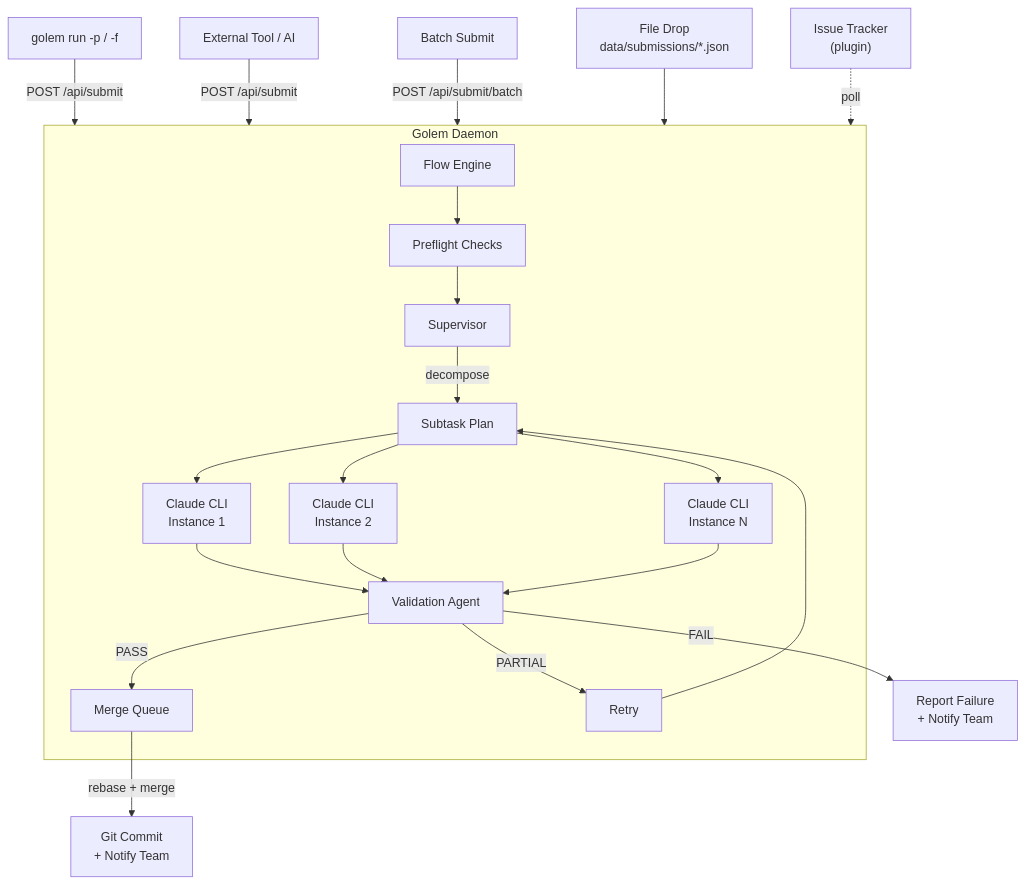
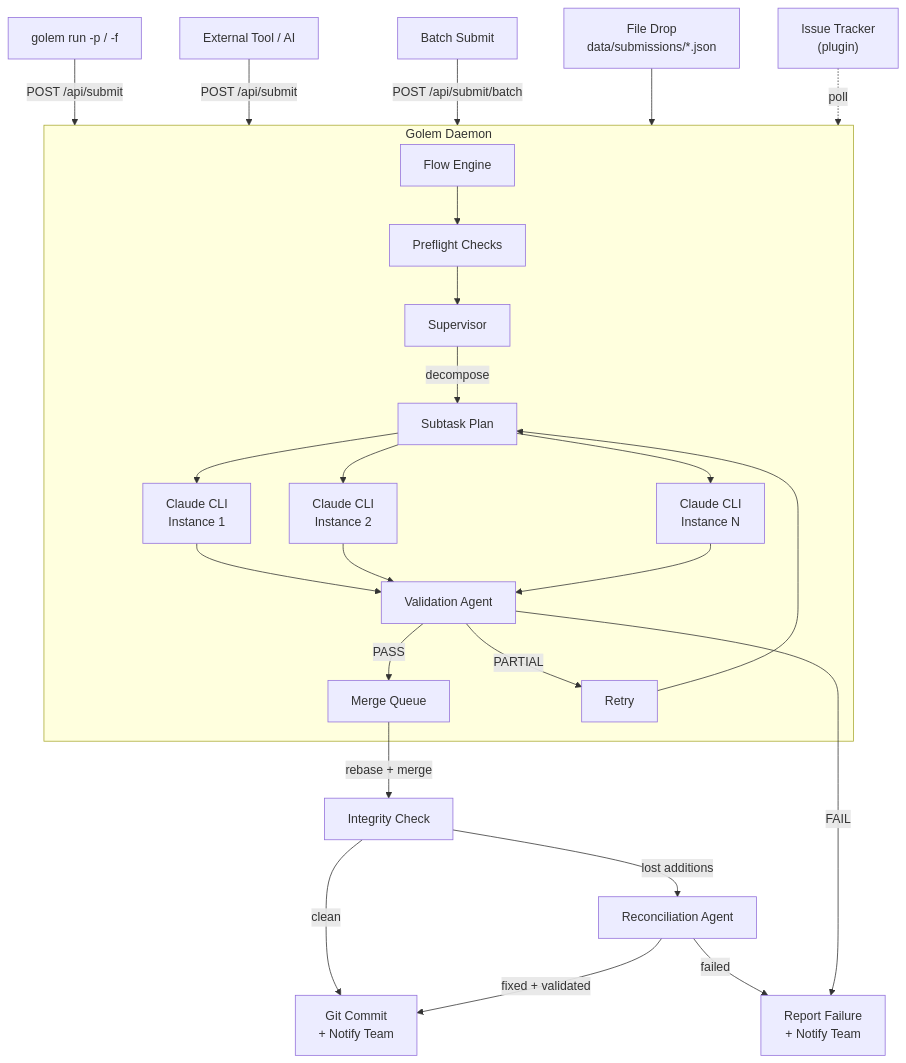
The first of 4 diagrams in README.md (itsmeboris/Golem), drawn with Mermaid before and after one commit. The commit also changed other lines of this file and 12 other files, not shown here.

First line of the commit message:
Add post-merge integrity verification and agent-assisted reconciliation

````diff
--- a/README.md
+++ b/README.md
@@ -102,29 +102,33 @@
 ```mermaid
 flowchart TB
     cli["golem run -p / -f"] -- "POST /api/submit" --> daemon
     api["External Tool / AI"] -- "POST /api/submit" --> daemon
     batch["Batch Submit"] -- "POST /api/submit/batch" --> daemon
     drop["File Drop<br/>data/submissions/*.json"] --> daemon
     tracker["Issue Tracker<br/>(plugin)"] -. "poll" .-> daemon
 
     subgraph daemon ["Golem Daemon"]
         flow["Flow Engine"] --> preflight["Preflight Checks"]
         preflight --> super["Supervisor"]
         super -- "decompose" --> plan["Subtask Plan"]
 
         plan --> claude1["Claude CLI<br/>Instance 1"]
         plan --> claude2["Claude CLI<br/>Instance 2"]
         plan --> claude3["Claude CLI<br/>Instance N"]
 
         claude1 --> val["Validation Agent"]
         claude2 --> val
         claude3 --> val
 
         val -- PASS --> mq["Merge Queue"]
         val -- PARTIAL --> retry["Retry"]
         retry --> plan
     end
 
-    mq -- "rebase + merge" --> commit["Git Commit<br/>+ Notify Team"]
+    mq -- "rebase + merge" --> verify["Integrity Check"]
+    verify -- "clean" --> commit["Git Commit<br/>+ Notify Team"]
+    verify -- "lost additions" --> reconcile["Reconciliation Agent"]
+    reconcile -- "fixed + validated" --> commit
+    reconcile -- "failed" --> report
     val -- FAIL --> report["Report Failure<br/>+ Notify Team"]
 ```
````
